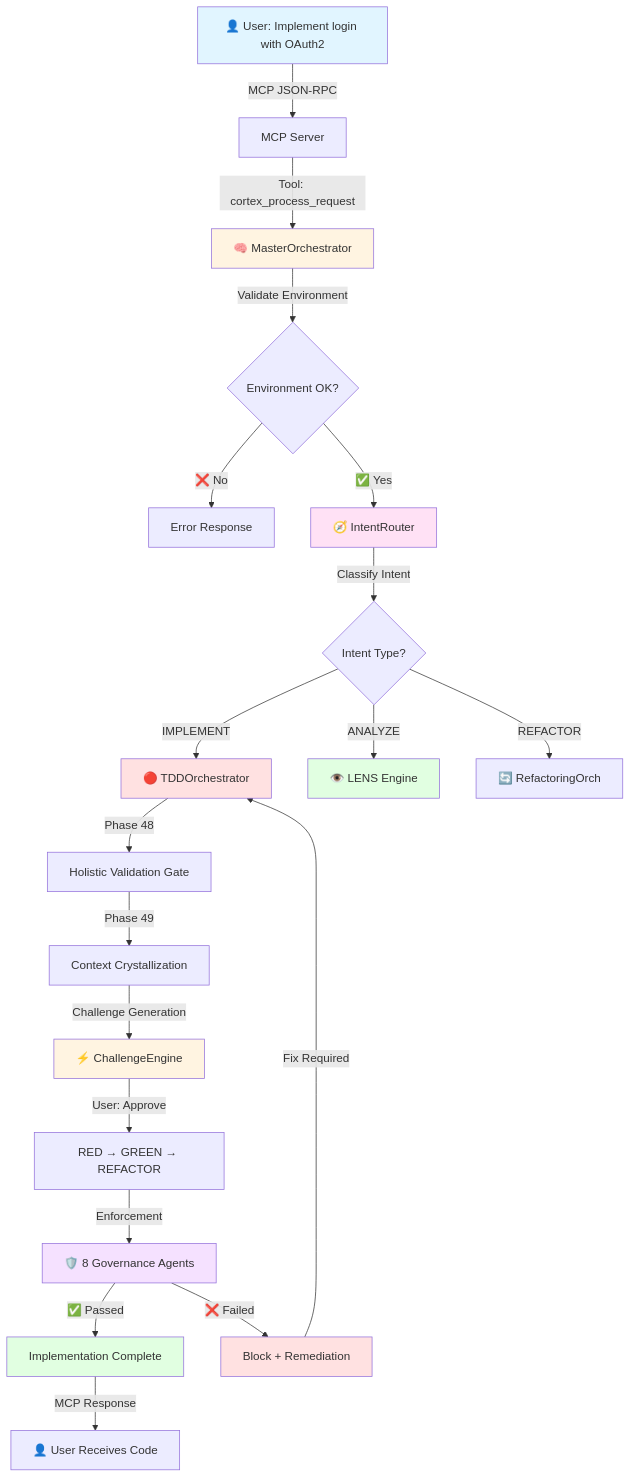
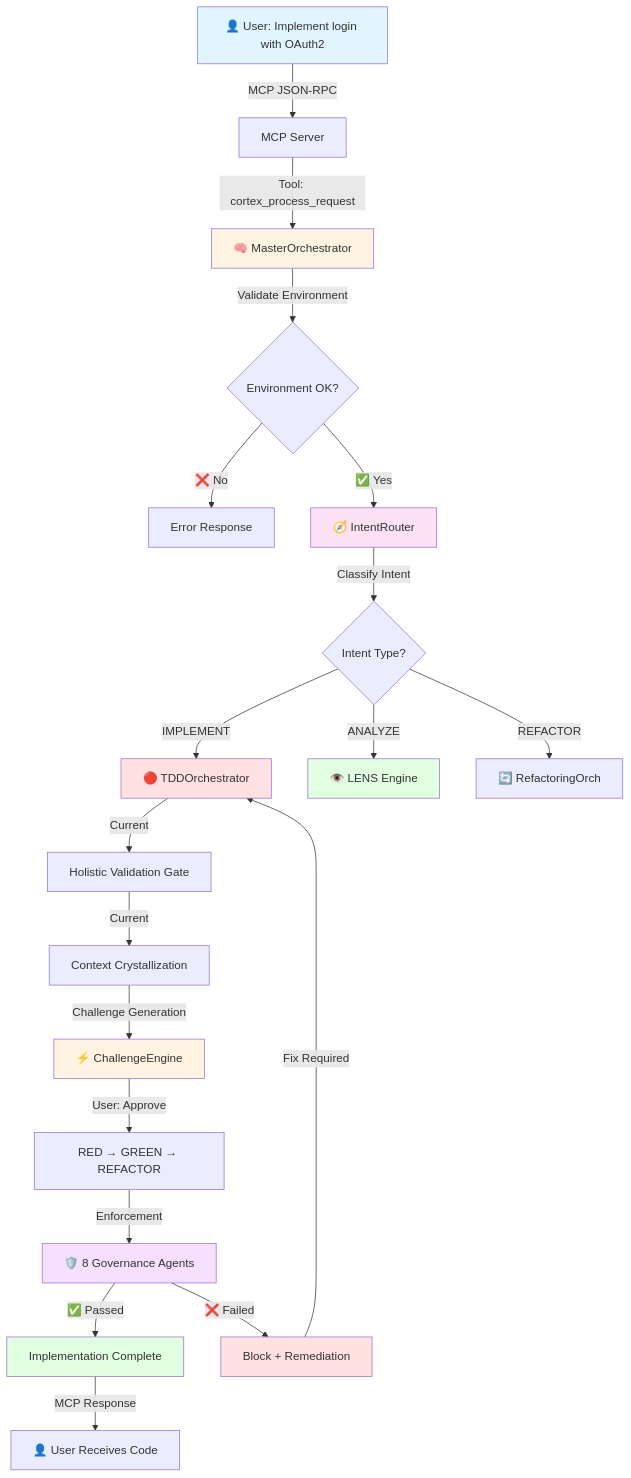
Before and after one commit to asifhussain60/CORTEX: the first of 3 diagrams in _workspaces/cortex-architecture/diagrams/data-flow.md, drawn with Mermaid. The commit also changed other lines of this file and 29 other files, not shown here.

First line of the commit message:
docs(architecture): Complete recreation - remove all brain analogies and phase/wave refs

````diff
--- a/_workspaces/cortex-architecture/diagrams/data-flow.md
+++ b/_workspaces/cortex-architecture/diagrams/data-flow.md
@@ -11,31 +11,31 @@
 ```mermaid
 graph TD
     A[👤 User: Implement login with OAuth2] -->|MCP JSON-RPC| B[MCP Server]
     B -->|Tool: cortex_process_request| C[🧠 MasterOrchestrator]
     C -->|Validate Environment| D{Environment OK?}
     D -->|❌ No| E[Error Response]
     D -->|✅ Yes| F[🧭 IntentRouter]
     F -->|Classify Intent| G{Intent Type?}
     G -->|IMPLEMENT| H[🔴 TDDOrchestrator]
     G -->|ANALYZE| I[👁️ LENS Engine]
     G -->|REFACTOR| J[🔄 RefactoringOrch]
-    H -->|Phase 48| K[Holistic Validation Gate]
-    K -->|Phase 49| L[Context Crystallization]
+    H -->|Current| K[Holistic Validation Gate]
+    K -->|Current| L[Context Crystallization]
     L -->|Challenge Generation| M[⚡ ChallengeEngine]
     M -->|User: Approve| N[RED → GREEN → REFACTOR]
     N -->|Enforcement| O[🛡️ 8 Governance Agents]
     O -->|✅ Passed| P[Implementation Complete]
     O -->|❌ Failed| Q[Block + Remediation]
     P -->|MCP Response| R[👤 User Receives Code]
     Q -->|Fix Required| H
     
     style A fill:#e1f5ff
     style C fill:#fff4e1
     style F fill:#ffe1f5
     style H fill:#ffe1e1
     style I fill:#e1ffe1
     style M fill:#fff4e1
     style O fill:#f5e1ff
     style P fill:#e1ffe1
     style Q fill:#ffe1e1
 ```
````
